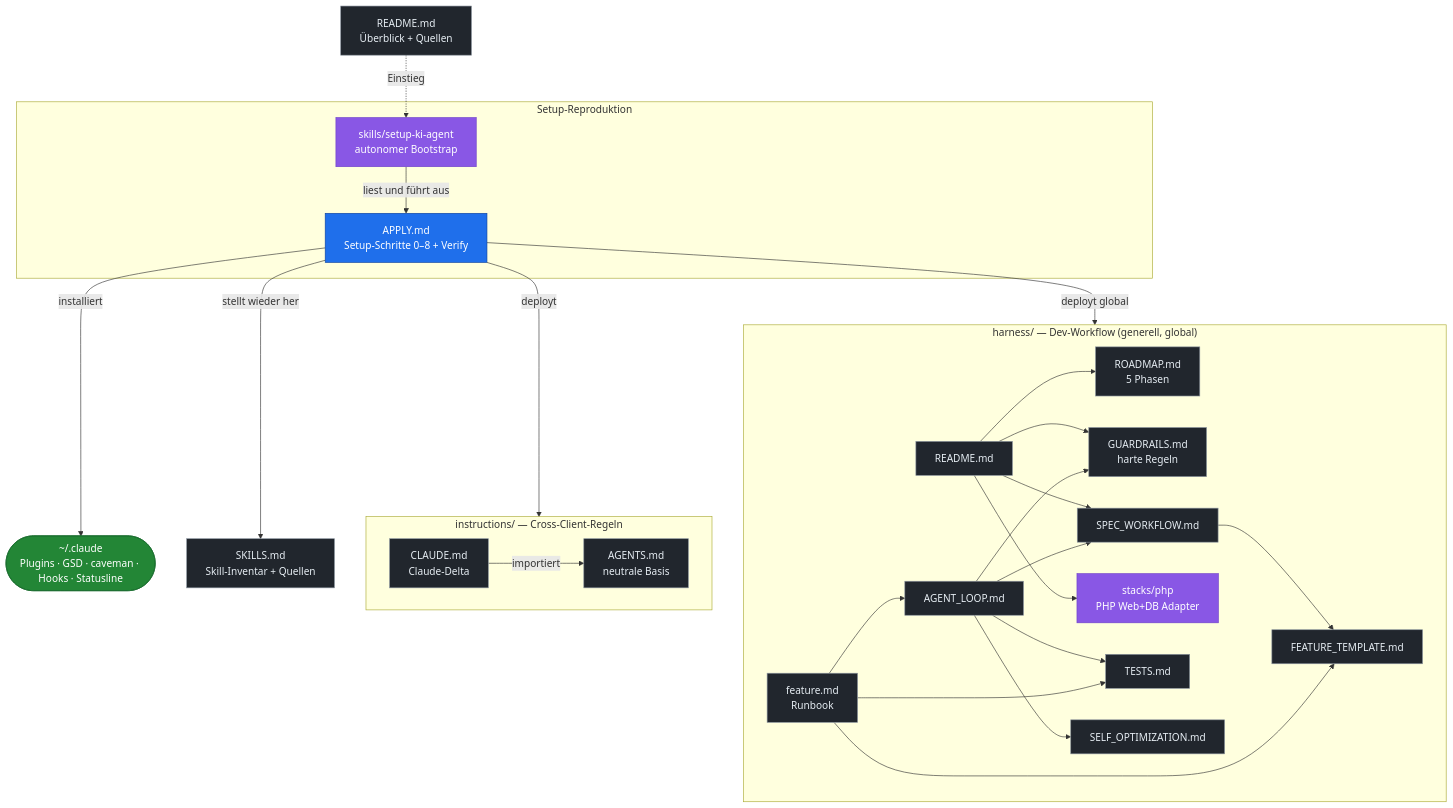
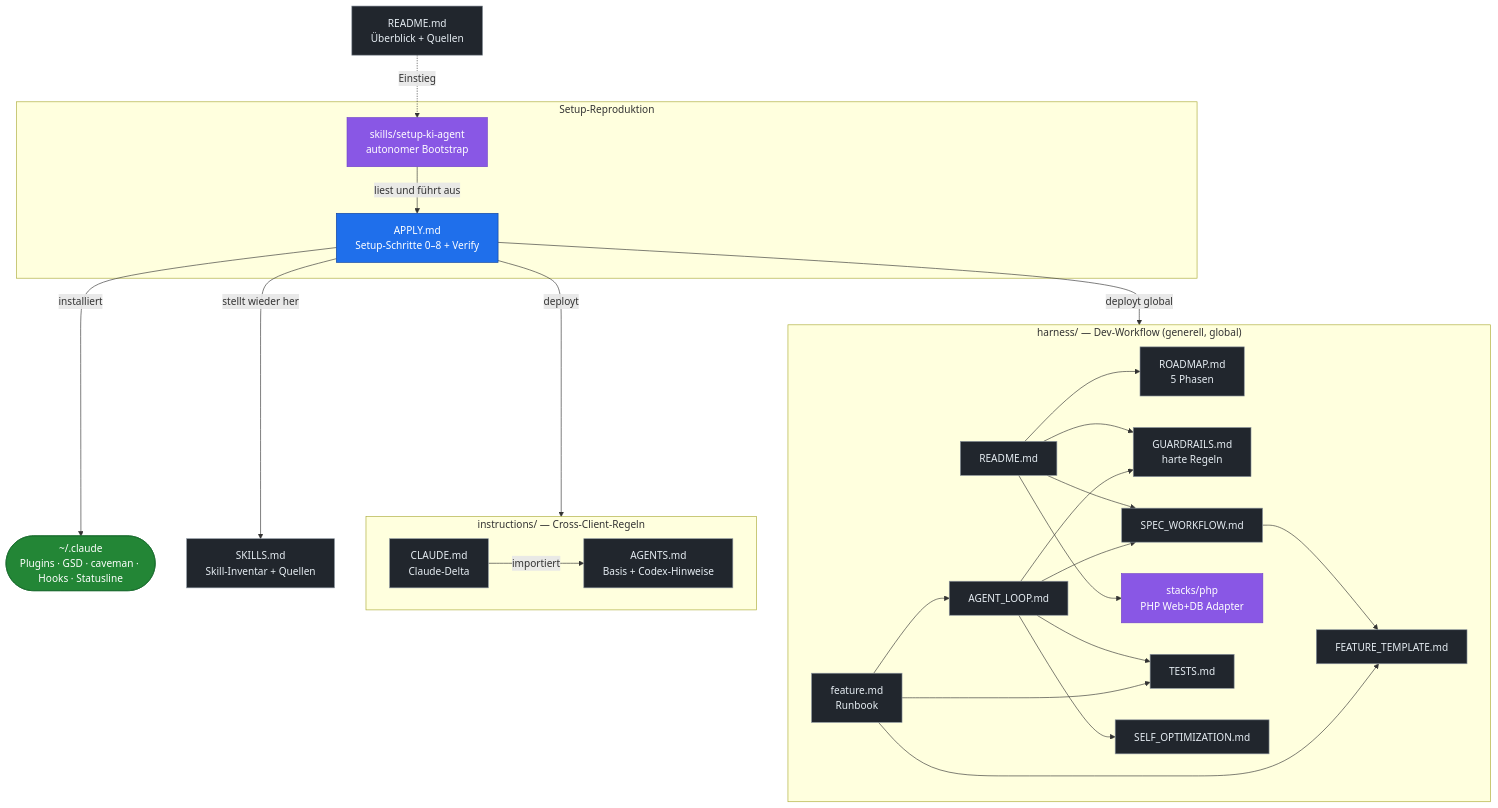
Before and after one commit to derivo/ki-agent-setup: the diagram in README.md, drawn with Mermaid. The commit also changed other lines of this file and 9 other files, not shown here.

````diff
--- a/README.md
+++ b/README.md
@@ -133,47 +141,47 @@
 ```mermaid
 flowchart TD
     README["README.md<br/>Überblick + Quellen"]:::doc
 
     subgraph SETUP[" Setup-Reproduktion "]
         SKILL["skills/setup-ki-agent<br/>autonomer Bootstrap"]:::skill
         APPLY["APPLY.md<br/>Setup-Schritte 0–8 + Verify"]:::core
         SKILL -->|liest und führt aus| APPLY
     end
 
     subgraph INSTR[" instructions/ — Cross-Client-Regeln "]
-        AGENTS["AGENTS.md<br/>neutrale Basis"]:::doc
+        AGENTS["AGENTS.md<br/>Basis + Codex-Hinweise"]:::doc
         CLAUDE["CLAUDE.md<br/>Claude-Delta"]:::doc
         CLAUDE -->|importiert| AGENTS
     end
 
     SKILLS["SKILLS.md<br/>Skill-Inventar + Quellen"]:::doc
     TOOLS(["~/.claude<br/>Plugins · GSD · caveman · Hooks · Statusline"]):::target
 
     subgraph HARN[" harness/ — Dev-Workflow (generell, global) "]
         HREADME["README.md"]:::doc
         ROADMAP["ROADMAP.md<br/>5 Phasen"]:::doc
         GUARD["GUARDRAILS.md<br/>harte Regeln"]:::doc
         SPECW["SPEC_WORKFLOW.md"]:::doc
         FEATT["FEATURE_TEMPLATE.md"]:::doc
         TESTS["TESTS.md"]:::doc
         LOOP["AGENT_LOOP.md"]:::doc
         SELF["SELF_OPTIMIZATION.md"]:::doc
         FEAT["feature.md<br/>Runbook"]:::doc
         PHPAD["stacks/php<br/>PHP Web+DB Adapter"]:::skill
         HREADME --> ROADMAP & GUARD & SPECW & PHPAD
         SPECW --> FEATT
         LOOP --> GUARD & TESTS & SPECW & SELF
         FEAT --> LOOP & FEATT & TESTS
     end
 
     README -. Einstieg .-> SKILL
     APPLY -->|deployt| INSTR
     APPLY -->|installiert| TOOLS
     APPLY -->|stellt wieder her| SKILLS
     APPLY -->|deployt global| HARN
 
     classDef core fill:#1f6feb,stroke:#0d419d,color:#fff;
     classDef skill fill:#8957e5,stroke:#6e40c9,color:#fff;
     classDef doc fill:#21262d,stroke:#8b949e,color:#e6edf3;
     classDef target fill:#238636,stroke:#196c2e,color:#fff;
 ```
````
